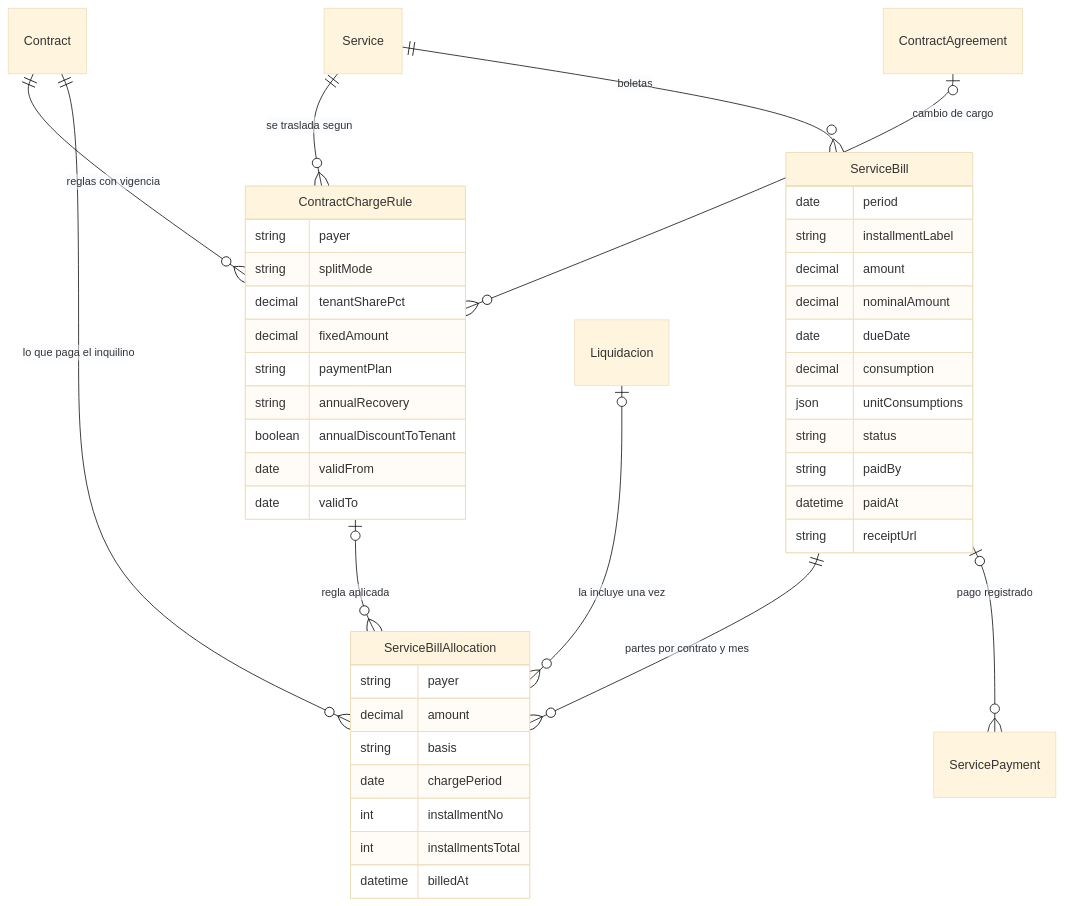
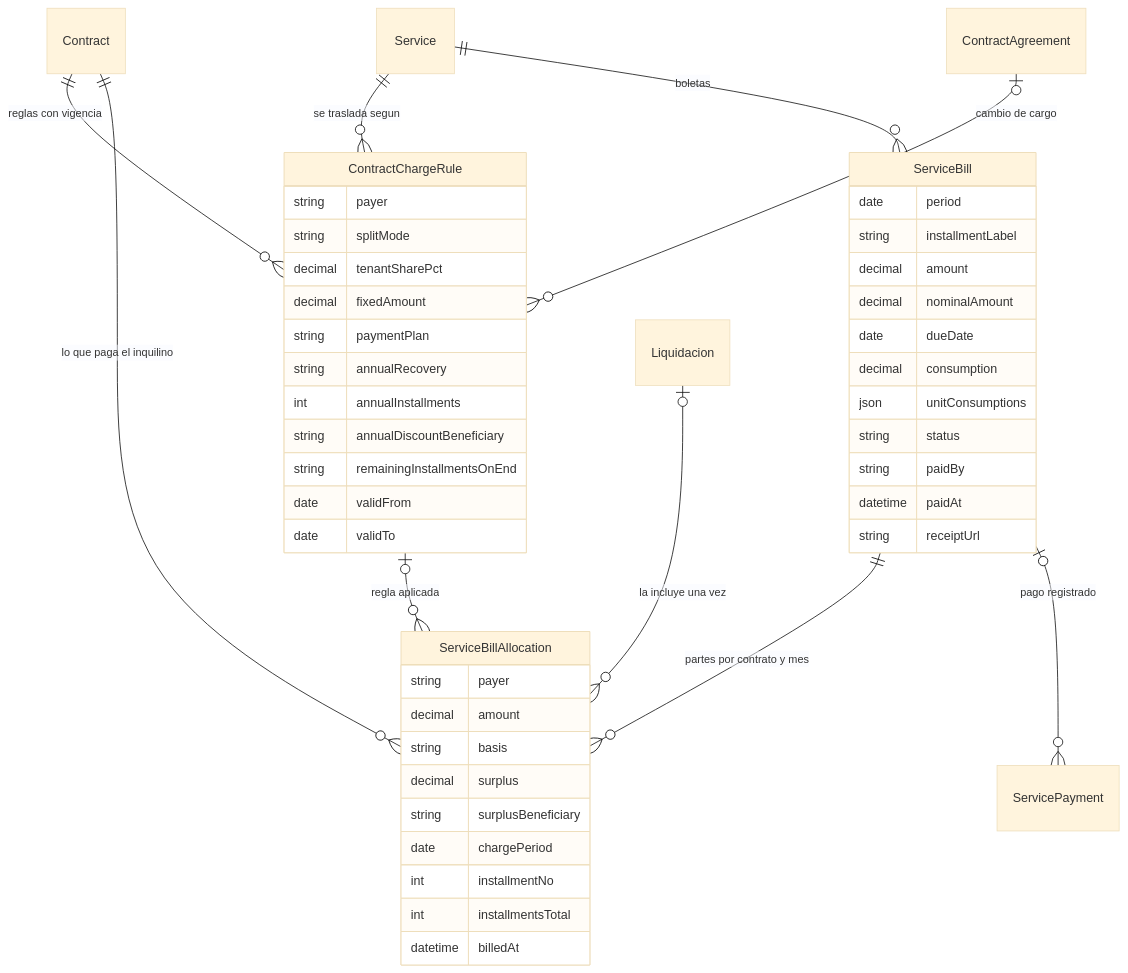
Before and after one commit to RomeV16/Proyecto-Final---Realfy: the third of 3 diagrams in docs/tesis/03-modelo-datos.md, drawn with Mermaid (base theme). The commit also changed other lines of this file and 6 other files, not shown here.

````diff
--- a/docs/tesis/03-modelo-datos.md
+++ b/docs/tesis/03-modelo-datos.md
@@ -386,45 +386,49 @@
 ```mermaid
 erDiagram
     Contract ||--o{ ContractChargeRule : "reglas con vigencia"
     Service ||--o{ ContractChargeRule : "se traslada segun"
     ContractAgreement |o--o{ ContractChargeRule : "cambio de cargo"
     Service ||--o{ ServiceBill : "boletas"
     ServiceBill ||--o{ ServiceBillAllocation : "partes por contrato y mes"
     Contract ||--o{ ServiceBillAllocation : "lo que paga el inquilino"
     ContractChargeRule |o--o{ ServiceBillAllocation : "regla aplicada"
     Liquidacion |o--o{ ServiceBillAllocation : "la incluye una vez"
     ServiceBill |o--o{ ServicePayment : "pago registrado"
     ContractChargeRule {
         string payer
         string splitMode
         decimal tenantSharePct
         decimal fixedAmount
         string paymentPlan
         string annualRecovery
-        boolean annualDiscountToTenant
+        int annualInstallments
+        string annualDiscountBeneficiary
+        string remainingInstallmentsOnEnd
         date validFrom
         date validTo
     }
     ServiceBill {
         date period
         string installmentLabel
         decimal amount
         decimal nominalAmount
         date dueDate
         decimal consumption
         json unitConsumptions
         string status
         string paidBy
         datetime paidAt
         string receiptUrl
     }
     ServiceBillAllocation {
         string payer
         decimal amount
         string basis
+        decimal surplus
+        string surplusBeneficiary
         date chargePeriod
         int installmentNo
         int installmentsTotal
         datetime billedAt
     }
 ```
````
